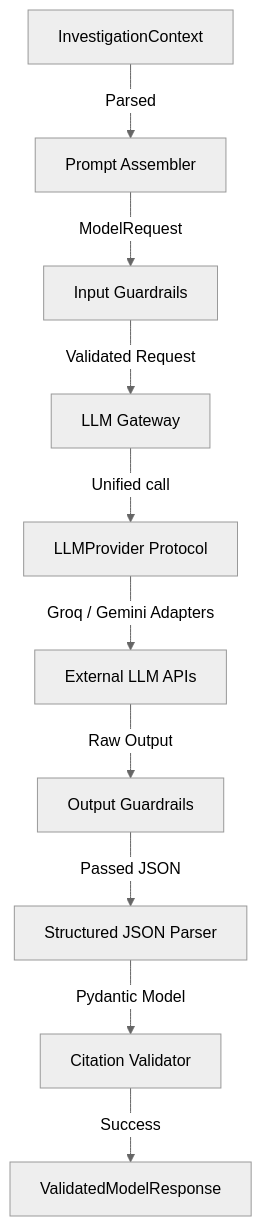
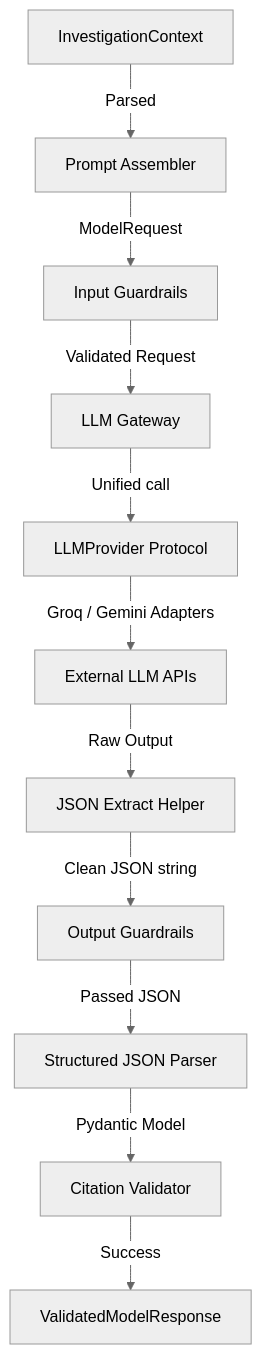
One commit to manish930s/OpsGraph changed the diagram in PROJECT_CONTEXT/LLM_GATEWAY_ARCHITECTURE.md. Above: the diagram before and after it, drawn with Mermaid (neutral theme). The commit also changed other lines of this file and 9 other files, not shown here.

Commit message:
fix(gateway): stabilize provider adapters, retry/fallback transient eligibility, citation checks, and JSON output parsing

````diff
--- a/PROJECT_CONTEXT/LLM_GATEWAY_ARCHITECTURE.md
+++ b/PROJECT_CONTEXT/LLM_GATEWAY_ARCHITECTURE.md
@@ -13,12 +13,13 @@
 ```mermaid
 graph TD
     Context[InvestigationContext] -->|Parsed| Assembler[Prompt Assembler]
     Assembler -->|ModelRequest| InputGuard[Input Guardrails]
     InputGuard -->|Validated Request| Gateway[LLM Gateway]
     Gateway -->|Unified call| Providers[LLMProvider Protocol]
     Providers -->|Groq / Gemini Adapters| API[External LLM APIs]
-    API -->|Raw Output| OutputGuard[Output Guardrails]
+    API -->|Raw Output| GatewayJSONExtract[JSON Extract Helper]
+    GatewayJSONExtract -->|Clean JSON string| OutputGuard[Output Guardrails]
     OutputGuard -->|Passed JSON| StructuredParser[Structured JSON Parser]
     StructuredParser -->|Pydantic Model| CitationVal[Citation Validator]
     CitationVal -->|Success| Response[ValidatedModelResponse]
 ```
````
